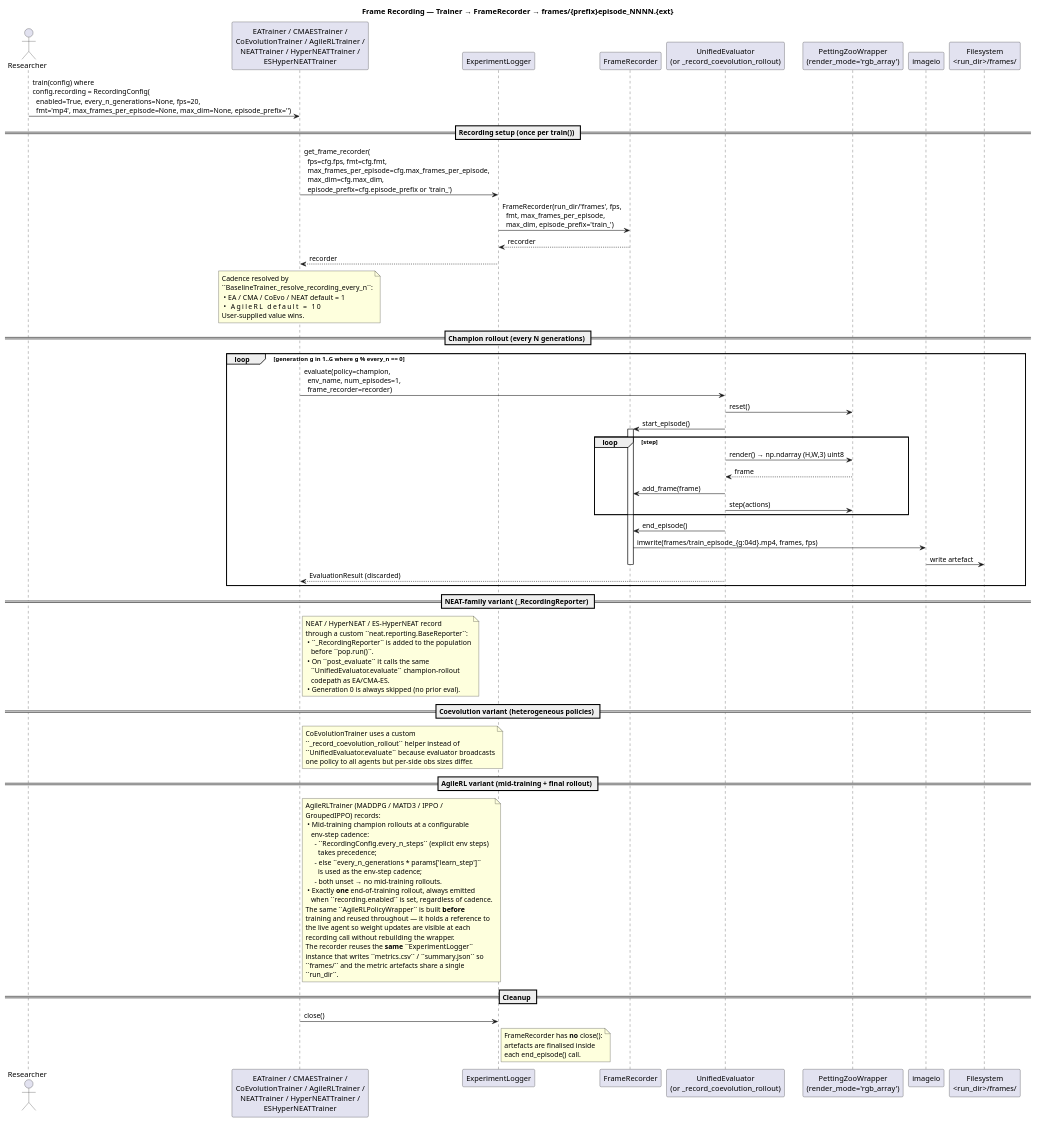
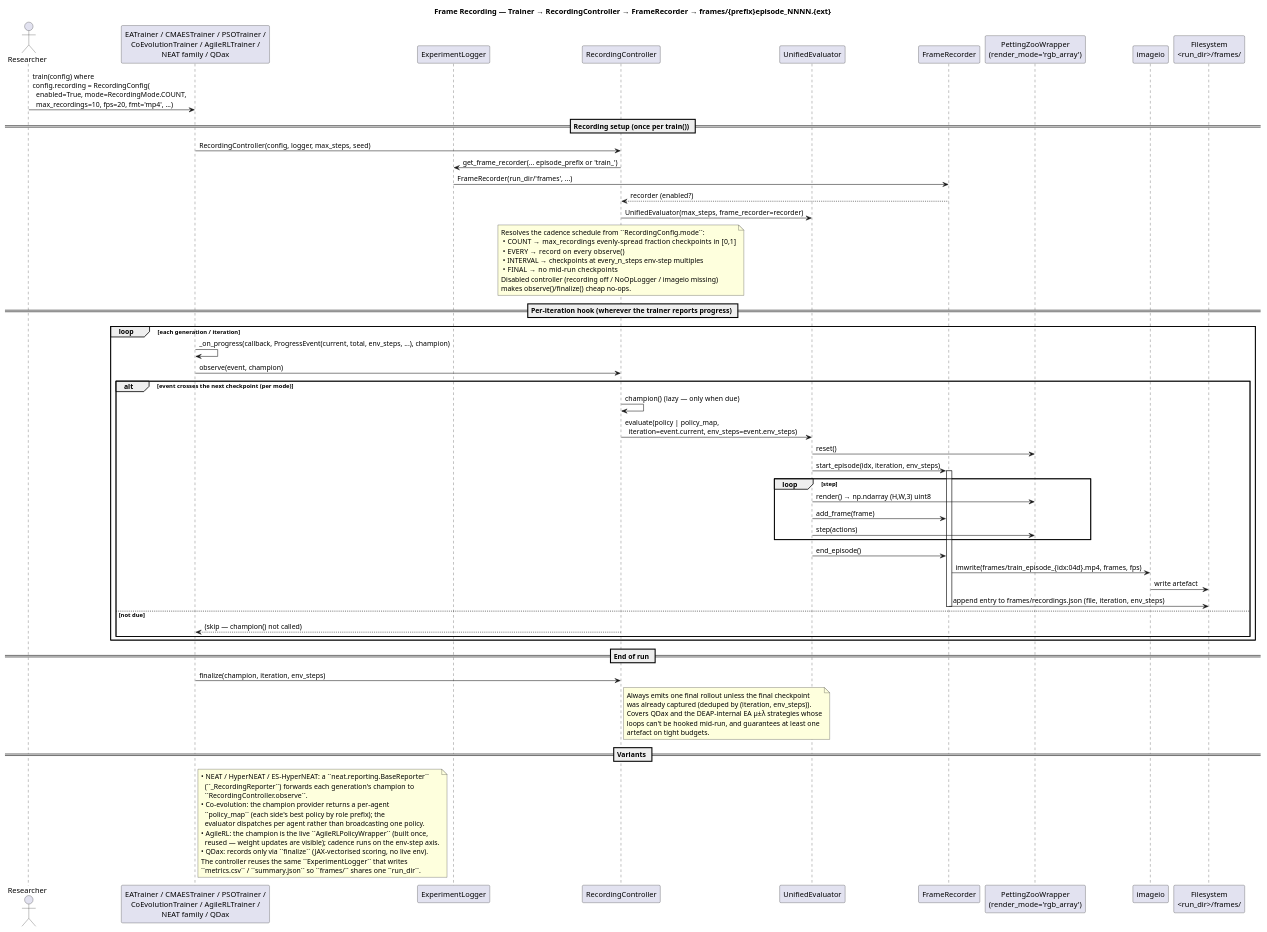
One commit to Alex180504/DEAP-Zoo-bridge changed the diagram in docs/UML/sequence_frame_recording.puml. Above: the diagram before and after it, drawn with PlantUML. The commit also changed 28 other files, not shown here.

```diff
--- a/docs/UML/sequence_frame_recording.puml
+++ b/docs/UML/sequence_frame_recording.puml
@@ -1,99 +1,81 @@
 @startuml sequence_frame_recording
-title Frame Recording — Trainer → FrameRecorder → frames/{prefix}episode_NNNN.{ext}
+title Frame Recording — Trainer → RecordingController → FrameRecorder → frames/{prefix}episode_NNNN.{ext}
 
 actor "Researcher" as R
-participant "EATrainer / CMAESTrainer /\nCoEvolutionTrainer / AgileRLTrainer /\nNEATTrainer / HyperNEATTrainer /\nESHyperNEATTrainer" as T
+participant "EATrainer / CMAESTrainer / PSOTrainer /\nCoEvolutionTrainer / AgileRLTrainer /\nNEAT family / QDax" as T
 participant "ExperimentLogger" as EL
+participant "RecordingController" as RC
+participant "UnifiedEvaluator" as UE
 participant "FrameRecorder" as FR
-participant "UnifiedEvaluator\n(or _record_coevolution_rollout)" as UE
 participant "PettingZooWrapper\n(render_mode='rgb_array')" as PZ
 participant "imageio" as IO
 participant "Filesystem\n<run_dir>/frames/" as FS
 
-R -> T: train(config) where\nconfig.recording = RecordingConfig(\n  enabled=True, every_n_generations=None, fps=20,\n  fmt='mp4', max_frames_per_episode=None, max_dim=None, episode_prefix='')
+R -> T: train(config) where\nconfig.recording = RecordingConfig(\n  enabled=True, mode=RecordingMode.COUNT,\n  max_recordings=10, fps=20, fmt='mp4', ...)
 
 == Recording setup (once per train()) ==
-T -> EL: get_frame_recorder(\n  fps=cfg.fps, fmt=cfg.fmt,\n  max_frames_per_episode=cfg.max_frames_per_episode,\n  max_dim=cfg.max_dim,\n  episode_prefix=cfg.episode_prefix or 'train_')
-EL -> FR: FrameRecorder(run_dir/'frames', fps,\n  fmt, max_frames_per_episode,\n  max_dim, episode_prefix='train_')
-FR --> EL: recorder
-EL --> T: recorder
-
-note over T
-  Cadence resolved by
-  ``BaselineTrainer._resolve_recording_every_n``:
-   • EA / CMA / CoEvo / NEAT  default = 1
-   • AgileRL                 default = 10
-  User-supplied value wins.
+T -> RC: RecordingController(config, logger, max_steps, seed)
+RC -> EL: get_frame_recorder(... episode_prefix or 'train_')
+EL -> FR: FrameRecorder(run_dir/'frames', ...)
+FR --> RC: recorder (enabled?)
+RC -> UE: UnifiedEvaluator(max_steps, frame_recorder=recorder)
+note over RC
+  Resolves the cadence schedule from ``RecordingConfig.mode``:
+   • COUNT    → max_recordings evenly-spread fraction checkpoints in [0,1]
+   • EVERY    → record on every observe()
+   • INTERVAL → checkpoints at every_n_steps env-step multiples
+   • FINAL    → no mid-run checkpoints
+  Disabled controller (recording off / NoOpLogger / imageio missing)
+  makes observe()/finalize() cheap no-ops.
 end note
 
-== Champion rollout (every N generations) ==
-loop generation g in 1..G  where g % every_n == 0
-    T -> UE: evaluate(policy=champion,\n  env_name, num_episodes=1,\n  frame_recorder=recorder)
-    UE -> PZ: reset()
-    UE -> FR: start_episode()
-    activate FR
-    loop step
-        UE -> PZ: render() → np.ndarray (H,W,3) uint8
-        PZ --> UE: frame
-        UE -> FR: add_frame(frame)
-        UE -> PZ: step(actions)
+== Per-iteration hook (wherever the trainer reports progress) ==
+loop each generation / iteration
+    T -> T: _on_progress(callback, ProgressEvent(current, total, env_steps, ...), champion)
+    T -> RC: observe(event, champion)
+    alt event crosses the next checkpoint (per mode)
+        RC -> RC: champion()  (lazy — only when due)
+        RC -> UE: evaluate(policy | policy_map,\n  iteration=event.current, env_steps=event.env_steps)
+        UE -> PZ: reset()
+        UE -> FR: start_episode(idx, iteration, env_steps)
+        activate FR
+        loop step
+            UE -> PZ: render() → np.ndarray (H,W,3) uint8
+            UE -> FR: add_frame(frame)
+            UE -> PZ: step(actions)
+        end
+        UE -> FR: end_episode()
+        FR -> IO: imwrite(frames/train_episode_{idx:04d}.mp4, frames, fps)
+        IO -> FS: write artefact
+        FR -> FS: append entry to frames/recordings.json (file, iteration, env_steps)
+        deactivate FR
+    else not due
+        RC --> T: (skip — champion() not called)
     end
-    UE -> FR: end_episode()
-    FR -> IO: imwrite(frames/train_episode_{g:04d}.mp4, frames, fps)
-    IO -> FS: write artefact
-    deactivate FR
-    UE --> T: EvaluationResult (discarded)
 end
 
-== NEAT-family variant (_RecordingReporter) ==
-note right of T
-  NEAT / HyperNEAT / ES-HyperNEAT record
-  through a custom ``neat.reporting.BaseReporter``:
-   • ``_RecordingReporter`` is added to the population
-     before ``pop.run()``.
-   • On ``post_evaluate`` it calls the same
-     ``UnifiedEvaluator.evaluate`` champion-rollout
-     codepath as EA/CMA-ES.
-   • Generation 0 is always skipped (no prior eval).
+== End of run ==
+T -> RC: finalize(champion, iteration, env_steps)
+note right of RC
+  Always emits one final rollout unless the final checkpoint
+  was already captured (deduped by (iteration, env_steps)).
+  Covers QDax and the DEAP-internal EA μ±λ strategies whose
+  loops can't be hooked mid-run, and guarantees at least one
+  artefact on tight budgets.
 end note
 
-== Coevolution variant (heterogeneous policies) ==
+== Variants ==
 note right of T
-  CoEvolutionTrainer uses a custom
-  ``_record_coevolution_rollout`` helper instead of
-  ``UnifiedEvaluator.evaluate`` because evaluator broadcasts
-  one policy to all agents but per-side obs sizes differ.
+  • NEAT / HyperNEAT / ES-HyperNEAT: a ``neat.reporting.BaseReporter``
+    (``_RecordingReporter``) forwards each generation's champion to
+    ``RecordingController.observe``.
+  • Co-evolution: the champion provider returns a per-agent
+    ``policy_map`` (each side's best policy by role prefix); the
+    evaluator dispatches per agent rather than broadcasting one policy.
+  • AgileRL: the champion is the live ``AgileRLPolicyWrapper`` (built once,
+    reused — weight updates are visible); cadence runs on the env-step axis.
+  • QDax: records only via ``finalize`` (JAX-vectorised scoring, no live env).
+  The controller reuses the same ``ExperimentLogger`` that writes
+  ``metrics.csv`` / ``summary.json`` so ``frames/`` shares one ``run_dir``.
 end note
-
-== AgileRL variant (mid-training + final rollout) ==
-note right of T
-  AgileRLTrainer (MADDPG / MATD3 / IPPO /
-  GroupedIPPO) records:
-   • Mid-training champion rollouts at a configurable
-     env-step cadence:
-       - ``RecordingConfig.every_n_steps`` (explicit env steps)
-         takes precedence;
-       - else ``every_n_generations * params['learn_step']``
-         is used as the env-step cadence;
-       - both unset → no mid-training rollouts.
-   • Exactly **one** end-of-training rollout, always emitted
-     when ``recording.enabled`` is set, regardless of cadence.
-  The same ``AgileRLPolicyWrapper`` is built **before**
-  training and reused throughout — it holds a reference to
-  the live agent so weight updates are visible at each
-  recording call without rebuilding the wrapper.
-  The recorder reuses the **same** ``ExperimentLogger``
-  instance that writes ``metrics.csv`` / ``summary.json`` so
-  ``frames/`` and the metric artefacts share a single
-  ``run_dir``.
-end note
-
-== Cleanup ==
-T -> EL: close()
-note right of EL
-  FrameRecorder has **no** close():
-  artefacts are finalised inside
-  each end_episode() call.
-end note
-
 @enduml
```
